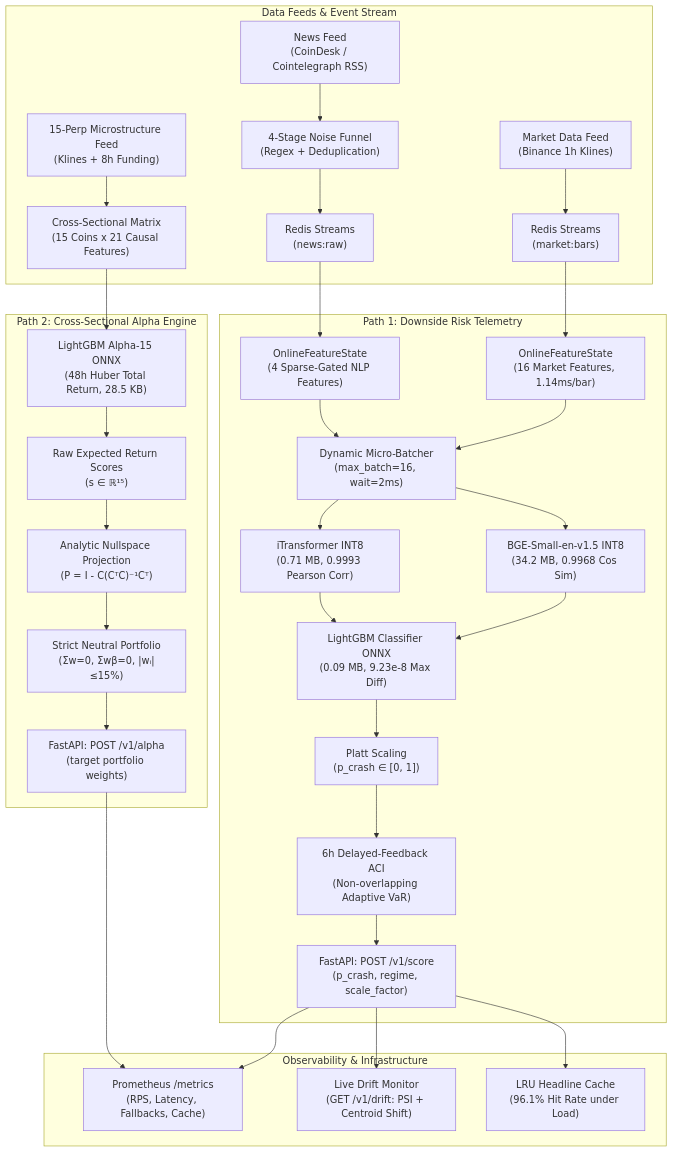
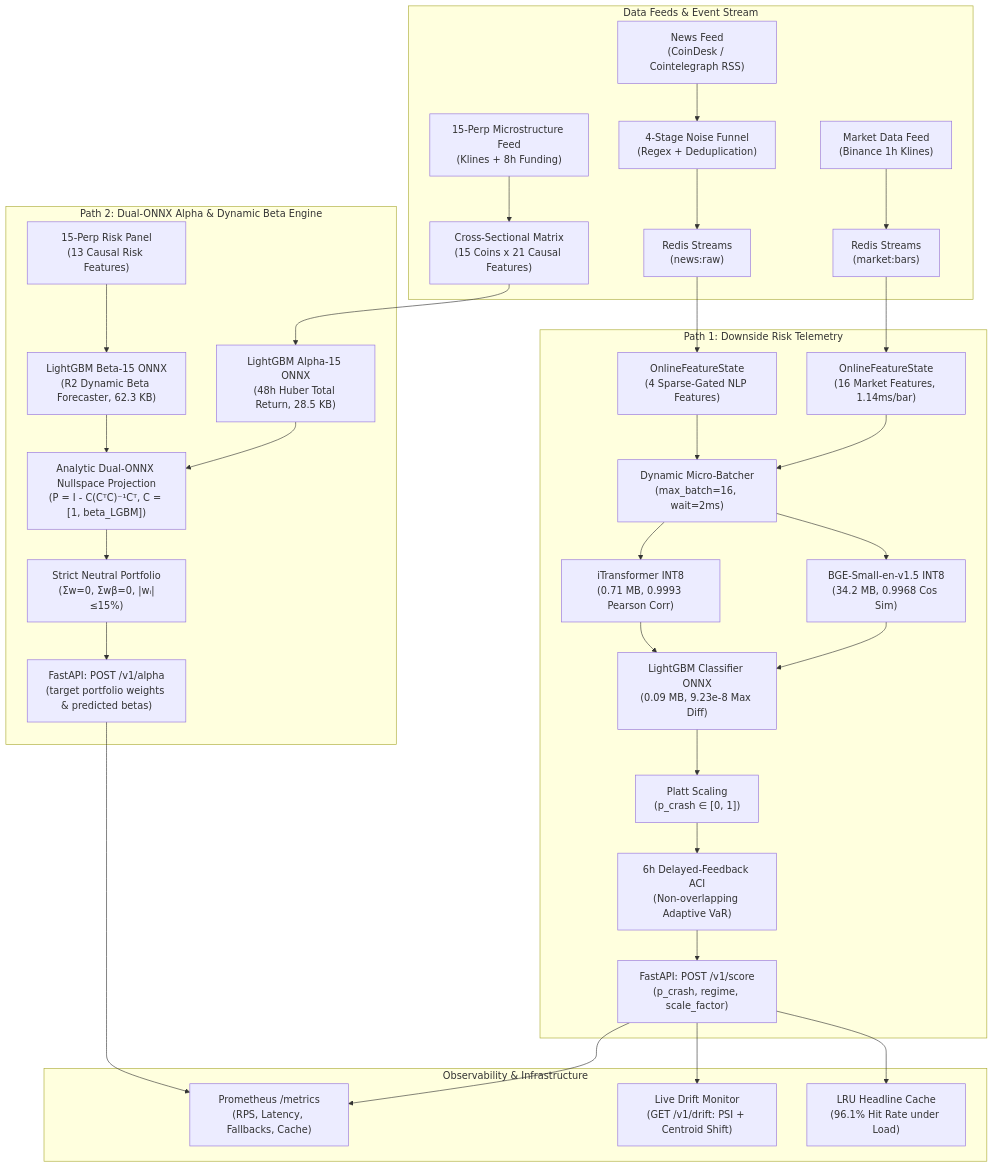
Before and after one commit to Jonathan0607/Ethereum-Volatility-Pipeline: the diagram in apex_multimodal_risk/README.md, drawn with Mermaid. The commit also changed other lines of this file and 4 other files, not shown here.

Commit message:
feat(serving): promote EXP-012 R2 LightGBM dynamic beta to dual-ONNX /v1/alpha

````diff
--- a/apex_multimodal_risk/README.md
+++ b/apex_multimodal_risk/README.md
@@ -20,35 +20,35 @@
 ```mermaid
 flowchart TD
     subgraph INGESTION ["Data Feeds & Event Stream"]
         A1["Market Data Feed<br/>(Binance 1h Klines)"] --> B["Redis Streams<br/>(market:bars)"]
         A2["News Feed<br/>(CoinDesk / Cointelegraph RSS)"] --> C["4-Stage Noise Funnel<br/>(Regex + Deduplication)"]
         C --> D["Redis Streams<br/>(news:raw)"]
         A3["15-Perp Microstructure Feed<br/>(Klines + 8h Funding)"] --> U["Cross-Sectional Matrix<br/>(15 Coins x 21 Causal Features)"]
     end
 
     subgraph PATH1 ["Path 1: Downside Risk Telemetry"]
         B --> E["OnlineFeatureState<br/>(16 Market Features, 1.14ms/bar)"]
         D --> F["OnlineFeatureState<br/>(4 Sparse-Gated NLP Features)"]
         E & F --> G["Dynamic Micro-Batcher<br/>(max_batch=16, wait=2ms)"]
         G --> H1["BGE-Small-en-v1.5 INT8<br/>(34.2 MB, 0.9968 Cos Sim)"]
         G --> H2["iTransformer INT8<br/>(0.71 MB, 0.9993 Pearson Corr)"]
         H1 & H2 --> H3["LightGBM Classifier ONNX<br/>(0.09 MB, 9.23e-8 Max Diff)"]
         H3 --> I["Platt Scaling<br/>(p_crash ∈ [0, 1])"]
         I --> J["6h Delayed-Feedback ACI<br/>(Non-overlapping Adaptive VaR)"]
         J --> K1["FastAPI: POST /v1/score<br/>(p_crash, regime, scale_factor)"]
     end
 
-    subgraph PATH2 ["Path 2: Cross-Sectional Alpha Engine"]
+    subgraph PATH2 ["Path 2: Dual-ONNX Alpha & Dynamic Beta Engine"]
         U --> V1["LightGBM Alpha-15 ONNX<br/>(48h Huber Total Return, 28.5 KB)"]
-        V1 --> V2["Raw Expected Return Scores<br/>(s ∈ ℝ¹⁵)"]
-        V2 --> V3["Analytic Nullspace Projection<br/>(P = I - C(CᵀC)⁻¹Cᵀ)"]
+        U_BETA["15-Perp Risk Panel<br/>(13 Causal Risk Features)"] --> V1_BETA["LightGBM Beta-15 ONNX<br/>(R2 Dynamic Beta Forecaster, 62.3 KB)"]
+        V1 & V1_BETA --> V3["Analytic Dual-ONNX Nullspace Projection<br/>(P = I - C(CᵀC)⁻¹Cᵀ, C = [1, beta_LGBM])"]
         V3 --> V4["Strict Neutral Portfolio<br/>(Σw=0, Σwβ=0, |wᵢ|≤15%)"]
-        V4 --> K2["FastAPI: POST /v1/alpha<br/>(target portfolio weights)"]
+        V4 --> K2["FastAPI: POST /v1/alpha<br/>(target portfolio weights & predicted betas)"]
     end
 
     subgraph OBSERVABILITY ["Observability & Infrastructure"]
         K1 & K2 --> L1["Prometheus /metrics<br/>(RPS, Latency, Fallbacks, Cache)"]
         K1 --> L2["Live Drift Monitor<br/>(GET /v1/drift: PSI + Centroid Shift)"]
         K1 --> L3["LRU Headline Cache<br/>(96.1% Hit Rate under Load)"]
     end
 ```
````
